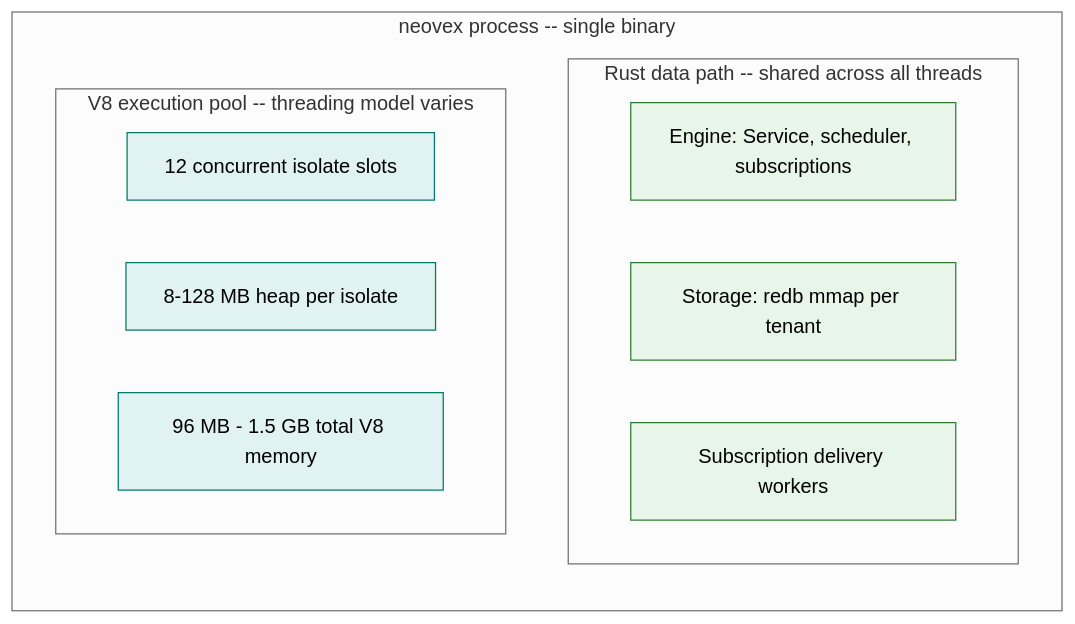
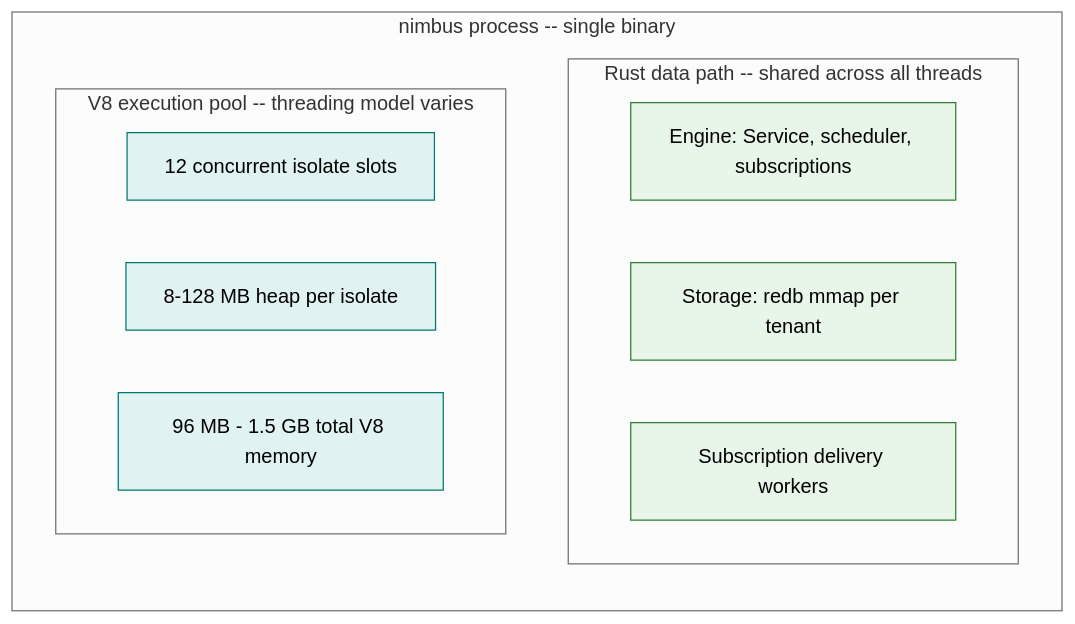
One commit to nimbus/nimbus changed the first of 4 diagrams in docs/plans/research/runtime-execution-architecture-rationale.md. Above: the diagram before and after it, drawn with Mermaid (neutral theme). The commit also changed other lines of this file and 6725 other files, not shown here.

First line of the commit message:
rename: complete neovex→nimbus rebrand across entire codebase

````diff
--- a/docs/plans/research/runtime-execution-architecture-rationale.md
+++ b/docs/plans/research/runtime-execution-architecture-rationale.md
@@ -47,23 +47,23 @@
 ```mermaid
 flowchart LR
-    subgraph Process["neovex process -- single binary"]
+    subgraph Process["nimbus process -- single binary"]
         direction TB
         subgraph DataPath["Rust data path -- shared across all threads"]
             Engine["Engine: Service, scheduler, subscriptions"]
             Storage["Storage: redb mmap per tenant"]
             Subs["Subscription delivery workers"]
         end
 
         subgraph V8Pool["V8 execution pool -- threading model varies"]
             Slots["12 concurrent isolate slots"]
             Heap["8-128 MB heap per isolate"]
             Total["96 MB - 1.5 GB total V8 memory"]
         end
     end
 
     classDef data fill:#e8f5e9,stroke:#2e7d32,color:#000
     classDef v8 fill:#e0f2f1,stroke:#00796b,color:#000
 
     class Engine,Storage,Subs data
     class Slots,Heap,Total v8
 ```
````
